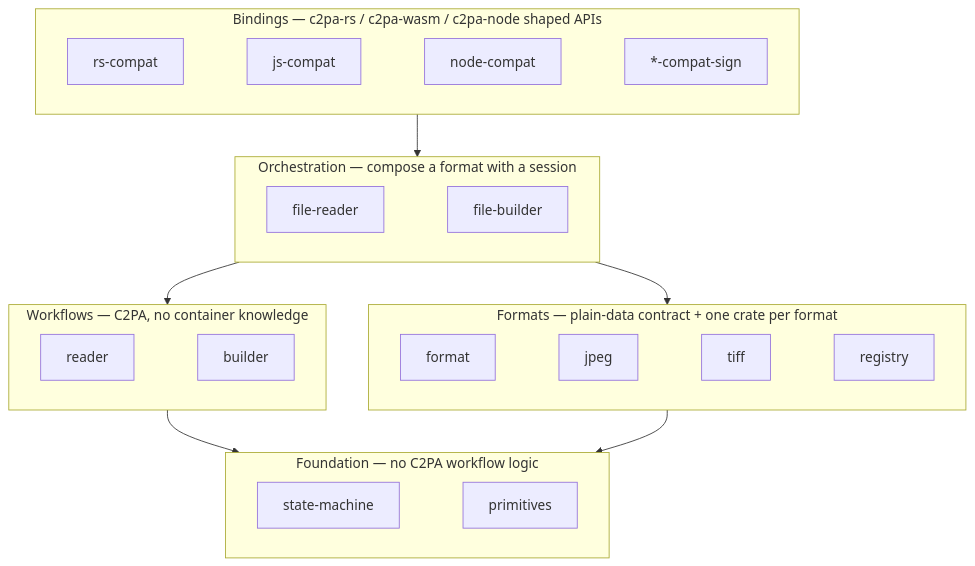
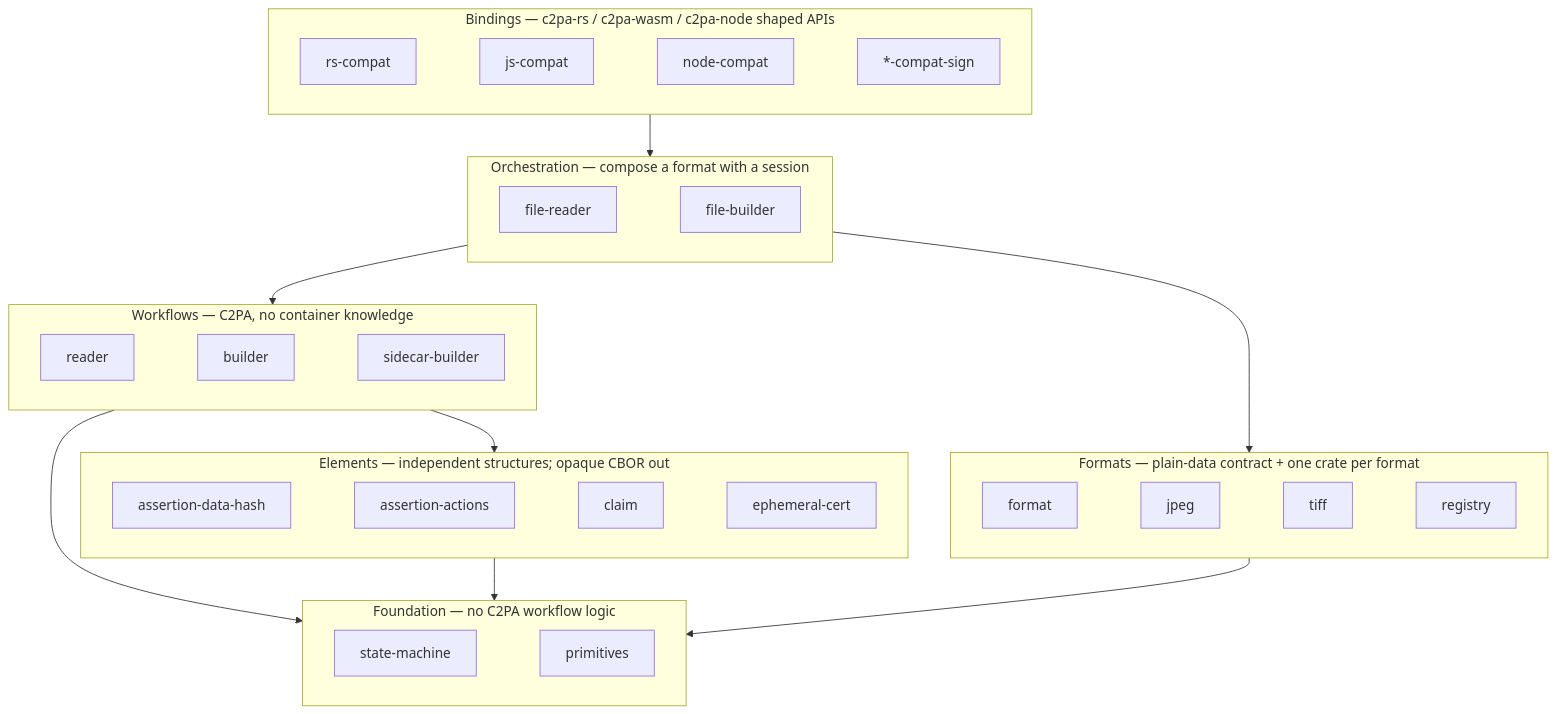
One commit to scouten/state-machine-experiment changed the second of 2 diagrams in docs/walkthrough/02-architecture.md. Above: the diagram before and after it, drawn with Mermaid. The commit also changed other lines of this file and 42 other files, not shown here.

First line of the commit message:
Add sidecar manifest builder from independent elements, plus JUMBF comparison

````diff
--- a/docs/walkthrough/02-architecture.md
+++ b/docs/walkthrough/02-architecture.md
@@ -69,25 +82,30 @@
 ```mermaid
 flowchart TB
     subgraph L5["Bindings — c2pa-rs / c2pa-wasm / c2pa-node shaped APIs"]
         direction LR
         b1[rs-compat] ~~~ b2[js-compat] ~~~ b3[node-compat] ~~~ b4["*-compat-sign"]
     end
     subgraph L4["Orchestration — compose a format with a session"]
         direction LR
         o1[file-reader] ~~~ o2[file-builder]
     end
     subgraph L3["Formats — plain-data contract + one crate per format"]
         direction LR
         f1[format] ~~~ f2[jpeg] ~~~ f3[tiff] ~~~ f4[registry]
     end
     subgraph L2["Workflows — C2PA, no container knowledge"]
         direction LR
-        w1[reader] ~~~ w2[builder]
+        w1[reader] ~~~ w2[builder] ~~~ w3[sidecar-builder]
+    end
+    subgraph L2E["Elements — independent structures; opaque CBOR out"]
+        direction LR
+        x1[assertion-data-hash] ~~~ x2[assertion-actions] ~~~ x3[claim] ~~~ x4[ephemeral-cert]
     end
     subgraph L1["Foundation — no C2PA workflow logic"]
         direction LR
         e1[state-machine] ~~~ e2[primitives]
     end
     L5 --> L4 --> L2 --> L1
+    L2 --> L2E --> L1
     L4 --> L3 --> L1
 ```
````
